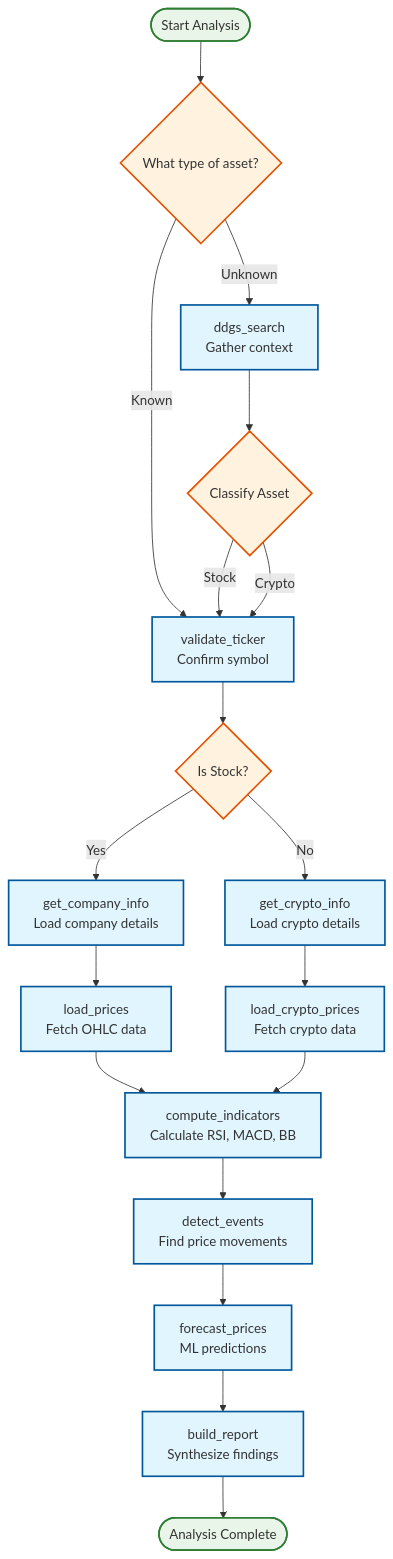
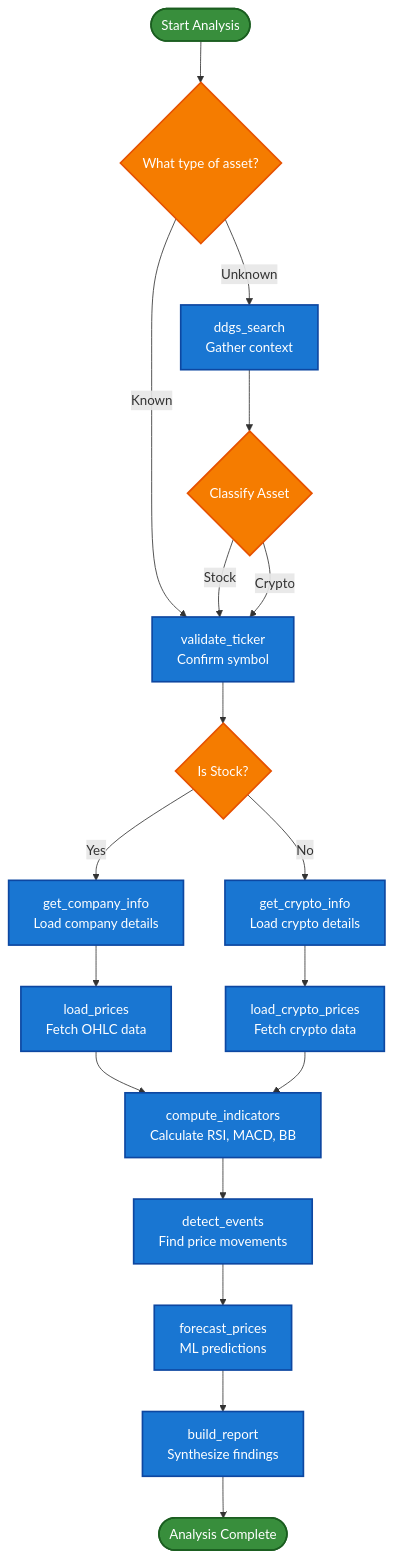
The second of 2 diagrams in README.md (nitish-raj/agentic-ticker), drawn with Mermaid before and after one commit. The commit also changed other lines of this file and 9 other files, not shown here.

````diff
--- a/README.md
+++ b/README.md
@@ -42,35 +41,35 @@
 ```mermaid
 graph TD
     Start([Start Analysis]) --> AssetType{What type of asset?}
     
     AssetType -->|Unknown| WebSearch[ddgs_search<br/>Gather context]
     AssetType -->|Known| Validate[validate_ticker<br/>Confirm symbol]
     
     WebSearch --> Classify{Classify Asset}
     Classify -->|Stock| Validate
     Classify -->|Crypto| Validate
     
     Validate --> Stock{Is Stock?}
     Stock -->|Yes| CompanyInfo[get_company_info<br/>Load company details]
     Stock -->|No| CryptoInfo[get_crypto_info<br/>Load crypto details]
     
     CompanyInfo --> LoadPrices[load_prices<br/>Fetch OHLC data]
     CryptoInfo --> LoadCryptoPrices[load_crypto_prices<br/>Fetch crypto data]
     
     LoadPrices --> ComputeIndicators[compute_indicators<br/>Calculate RSI, MACD, BB]
     LoadCryptoPrices --> ComputeIndicators
     
     ComputeIndicators --> DetectEvents[detect_events<br/>Find price movements]
     DetectEvents --> Forecast[forecast_prices<br/>ML predictions]
     Forecast --> BuildReport[build_report<br/>Synthesize findings]
     BuildReport --> Complete([Analysis Complete])
     
     %% Style nodes
-    classDef process fill:#e1f5fe,stroke:#01579b,stroke-width:2px
-    classDef decision fill:#fff3e0,stroke:#e65100,stroke-width:2px
-    classDef startend fill:#e8f5e8,stroke:#2e7d32,stroke-width:2px
+    classDef process fill:#1976d2,stroke:#0d47a1,stroke-width:2px,color:#ffffff
+    classDef decision fill:#f57c00,stroke:#e65100,stroke-width:2px,color:#ffffff
+    classDef startend fill:#388e3c,stroke:#1b5e20,stroke-width:2px,color:#ffffff
     
     class Start,Complete startend
     class AssetType,Classify,Stock decision
     class WebSearch,Validate,CompanyInfo,CryptoInfo,LoadPrices,LoadCryptoPrices,ComputeIndicators,DetectEvents,Forecast,BuildReport process
 ```
````
